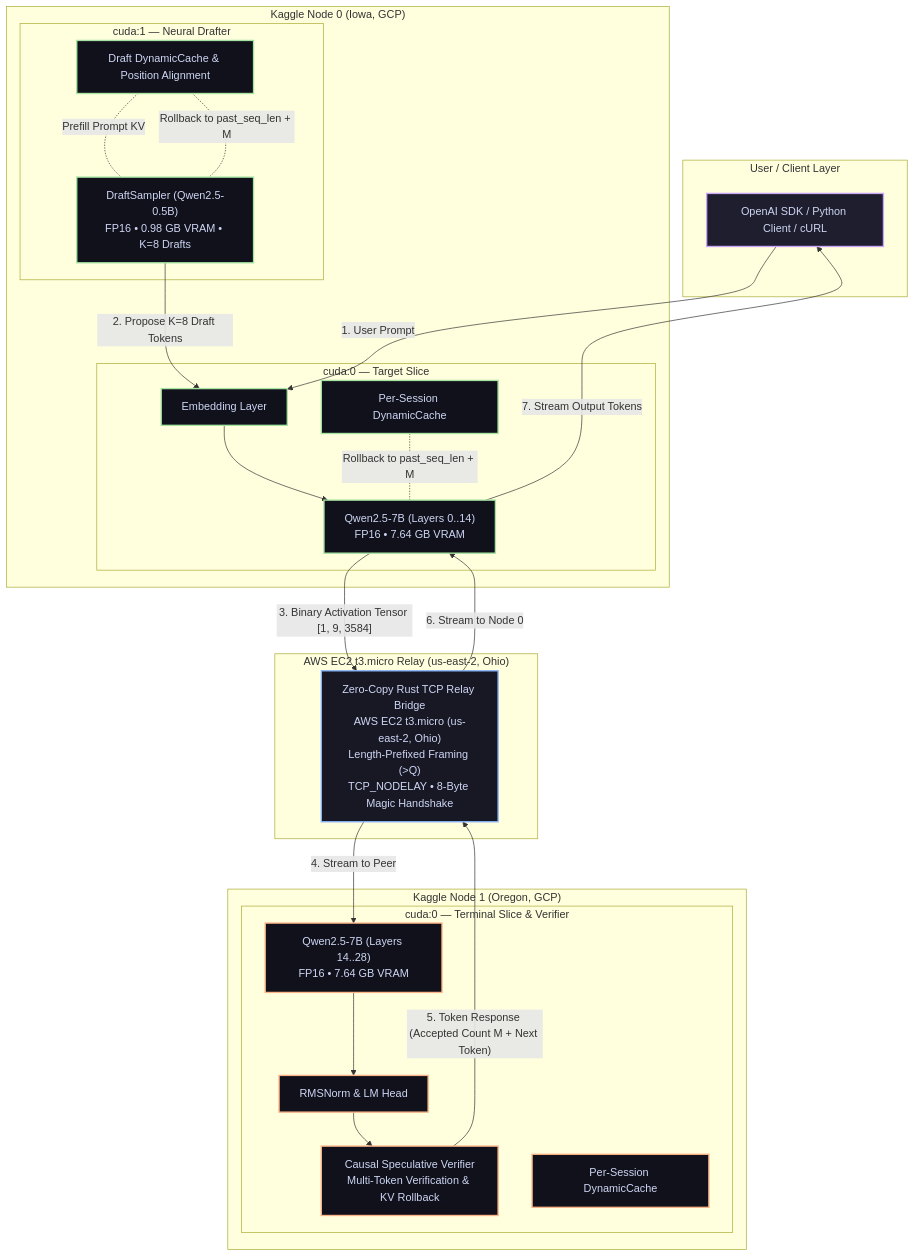
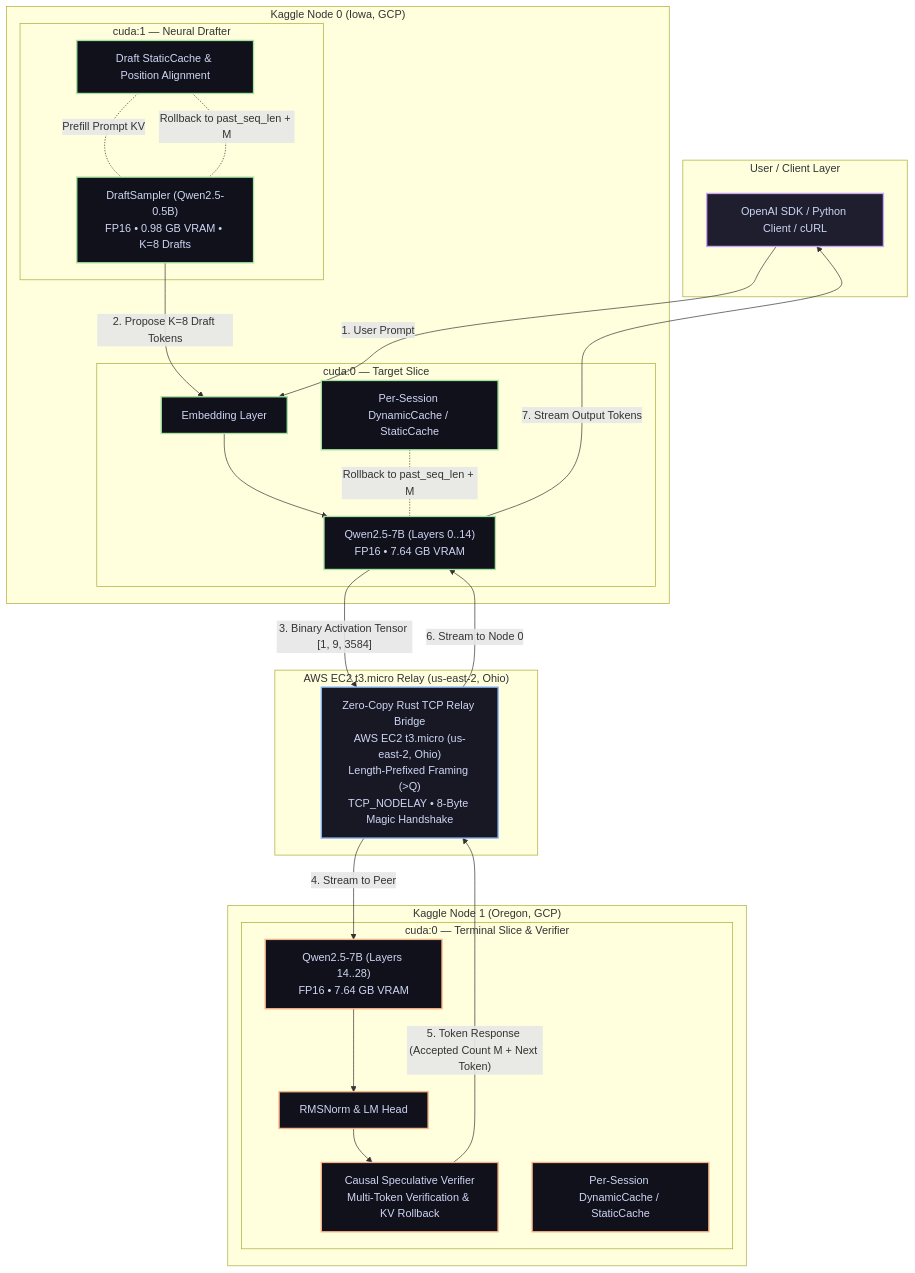
Before and after one commit to rautaditya2606/Shardflow: the diagram in README.md, drawn with Mermaid. The commit also changed other lines of this file and 4 other files, not shown here.

````diff
--- a/README.md
+++ b/README.md
@@ -121,50 +129,50 @@
 ```mermaid
 graph TD
     classDef client fill:#1e1e2e,stroke:#cba6f7,stroke-width:2px,color:#cdd6f4
     classDef node0 fill:#11111b,stroke:#a6e3a1,stroke-width:2px,color:#cdd6f4
     classDef node1 fill:#11111b,stroke:#fab387,stroke-width:2px,color:#cdd6f4
     classDef relay fill:#181825,stroke:#89b4fa,stroke-width:2px,color:#cdd6f4
 
     subgraph UserSpace["User / Client Layer"]
         C["OpenAI SDK / Python Client / cURL"]:::client
     end
 
     subgraph Node0Instance["Kaggle Node 0 (Iowa, GCP)"]
         subgraph GPU0["cuda:0 — Target Slice"]
             N0_EMB["Embedding Layer"]:::node0
             N0_LAYERS["Qwen2.5-7B (Layers 0..14)<br/>FP16 • 7.64 GB VRAM"]:::node0
-            N0_KV["Per-Session DynamicCache"]:::node0
+            N0_KV["Per-Session DynamicCache / StaticCache"]:::node0
         end
         subgraph GPU1["cuda:1 — Neural Drafter"]
             DRAFT["DraftSampler (Qwen2.5-0.5B)<br/>FP16 • 0.98 GB VRAM • K=8 Drafts"]:::node0
-            DRAFT_KV["Draft DynamicCache & Position Alignment"]:::node0
+            DRAFT_KV["Draft StaticCache & Position Alignment"]:::node0
         end
     end
 
     subgraph RelayServer["AWS EC2 t3.micro Relay (us-east-2, Ohio)"]
         RELAY["Zero-Copy Rust TCP Relay Bridge<br/>AWS EC2 t3.micro (us-east-2, Ohio)<br/>Length-Prefixed Framing (>Q)<br/>TCP_NODELAY • 8-Byte Magic Handshake"]:::relay
     end
 
     subgraph Node1Instance["Kaggle Node 1 (Oregon, GCP)"]
         subgraph GPU_N1["cuda:0 — Terminal Slice & Verifier"]
             N1_LAYERS["Qwen2.5-7B (Layers 14..28)<br/>FP16 • 7.64 GB VRAM"]:::node1
             N1_HEAD["RMSNorm & LM Head"]:::node1
             N1_VERIFY["Causal Speculative Verifier<br/>Multi-Token Verification & KV Rollback"]:::node1
-            N1_KV["Per-Session DynamicCache"]:::node1
+            N1_KV["Per-Session DynamicCache / StaticCache"]:::node1
         end
     end
 
     C -->|"1. User Prompt"| N0_EMB
     DRAFT_KV -.-|"Prefill Prompt KV"| DRAFT
     DRAFT -->|"2. Propose K=8 Draft Tokens"| N0_EMB
     N0_EMB --> N0_LAYERS
     N0_LAYERS -->|"3. Binary Activation Tensor [1, 9, 3584]"| RELAY
     RELAY -->|"4. Stream to Peer"| N1_LAYERS
     N1_LAYERS --> N1_HEAD
     N1_HEAD --> N1_VERIFY
     N1_VERIFY -->|"5. Token Response (Accepted Count M + Next Token)"| RELAY
     RELAY -->|"6. Stream to Node 0"| N0_LAYERS
     N0_KV -.-|"Rollback to past_seq_len + M"| N0_LAYERS
     DRAFT_KV -.-|"Rollback to past_seq_len + M"| DRAFT
     N0_LAYERS -->|"7. Stream Output Tokens"| C
 ```
````
